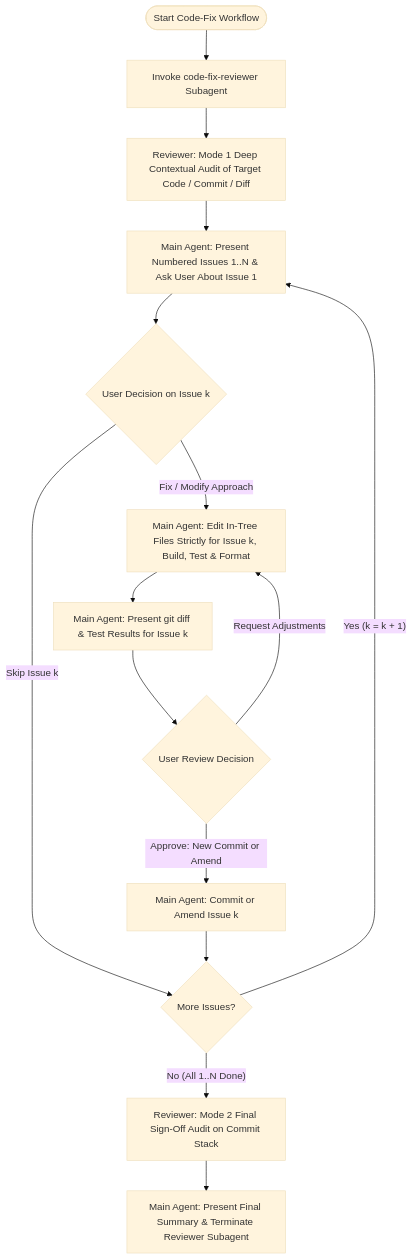
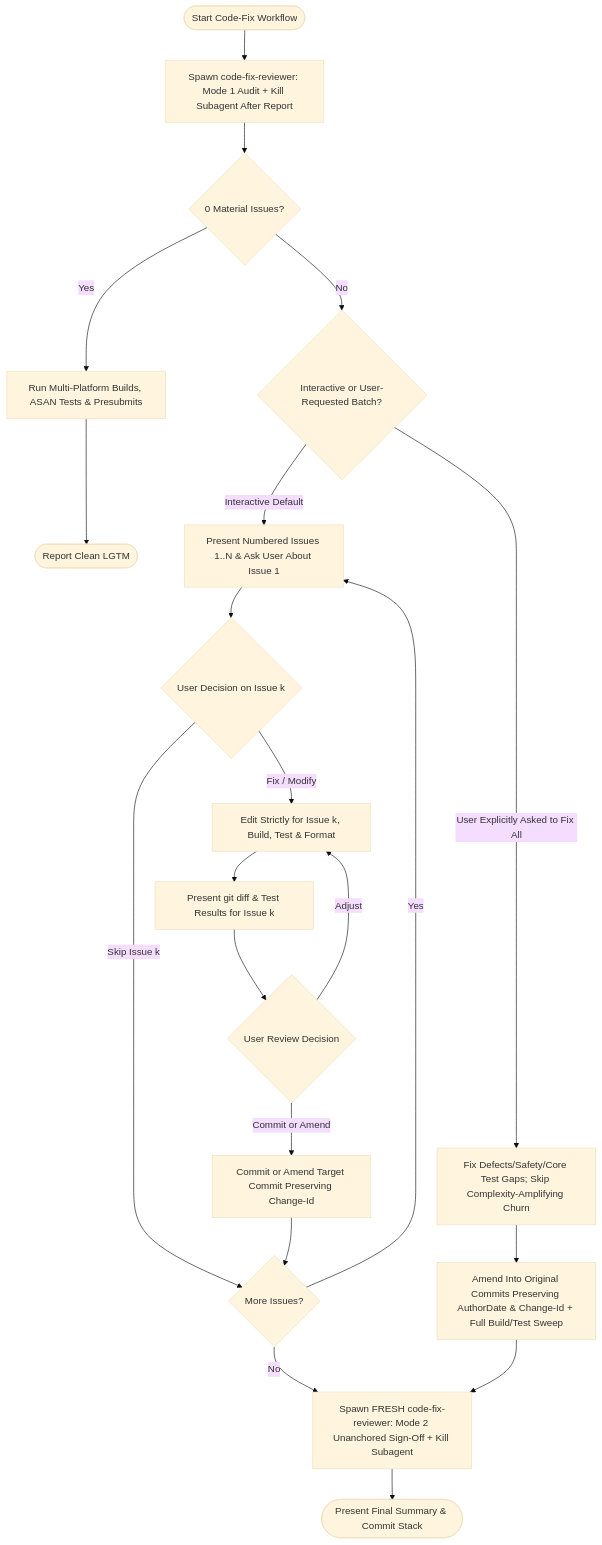
One commit to fsareshwala/dotfiles changed the diagram in .gemini/config/skills/code-fix/SKILL.md. Above: the diagram before and after it, drawn with Mermaid (base theme). The commit also changed other lines of this file and 5 other files, not shown here.

Commit message:
gemini: update code-fix and code-review skills

````diff
--- a/.gemini/config/skills/code-fix/SKILL.md
+++ b/.gemini/config/skills/code-fix/SKILL.md
@@ -21,20 +18,25 @@
 ```mermaid
 graph TD
-    Start([Start Code-Fix Workflow]) --> Invoke[Invoke code-fix-reviewer Subagent]
-    Invoke --> InitialAudit[Reviewer: Mode 1 Deep Contextual Audit of Target Code / Commit / Diff]
-    InitialAudit --> PresentList[Main Agent: Present Numbered Issues 1..N & Ask User About Issue 1]
+    Start([Start Code-Fix Workflow]) --> Audit[Spawn code-fix-reviewer: Mode 1 Audit + Kill Subagent After Report]
+    Audit --> ZeroCheck{0 Material Issues?}
+    ZeroCheck -- Yes --> MechVerify[Run Multi-Platform Builds, ASAN Tests & Presubmits]
+    MechVerify --> Done([Report Clean LGTM])
+    ZeroCheck -- No --> ModeCheck{Interactive or User-Requested Batch?}
 
+    ModeCheck -- Interactive Default --> PresentList[Present Numbered Issues 1..N & Ask User About Issue 1]
     PresentList --> UserDecision{User Decision on Issue k}
     UserDecision -- Skip Issue k --> NextIssue{More Issues?}
-    UserDecision -- Fix / Modify Approach --> MainFix[Main Agent: Edit In-Tree Files Strictly for Issue k, Build, Test & Format]
+    UserDecision -- Fix / Modify --> MainFix[Edit Strictly for Issue k, Build, Test & Format]
+    MainFix --> ShowUser[Present git diff & Test Results for Issue k]
+    ShowUser --> UserReview{User Review Decision}
+    UserReview -- Adjust --> MainFix
+    UserReview -- Commit or Amend --> GitCommit[Commit or Amend Target Commit Preserving Change-Id]
+    GitCommit --> NextIssue
+    NextIssue -- Yes --> PresentList
+    NextIssue -- No --> FreshSignOff
 
-    MainFix --> ShowUser[Main Agent: Present git diff & Test Results for Issue k]
-    ShowUser --> UserReview{User Review Decision}
-    UserReview -- Request Adjustments --> MainFix
-    UserReview -- Approve: New Commit or Amend --> GitCommit[Main Agent: Commit or Amend Issue k]
-    GitCommit --> NextIssue
-
-    NextIssue -- Yes (k = k + 1) --> PresentList
-    NextIssue -- No (All 1..N Done) --> FinalAudit[Reviewer: Mode 2 Final Sign-Off Audit on Commit Stack]
-    FinalAudit --> CleanUp[Main Agent: Present Final Summary & Terminate Reviewer Subagent]
+    ModeCheck -- User Explicitly Asked to Fix All --> BatchTriage[Fix Defects/Safety/Core Test Gaps; Skip Complexity-Amplifying Churn]
+    BatchTriage --> StackVerify[Amend Into Original Commits Preserving AuthorDate & Change-Id + Full Build/Test Sweep]
+    StackVerify --> FreshSignOff[Spawn FRESH code-fix-reviewer: Mode 2 Unanchored Sign-Off + Kill Subagent]
+    FreshSignOff --> CleanUp([Present Final Summary & Commit Stack])
 ```
````
